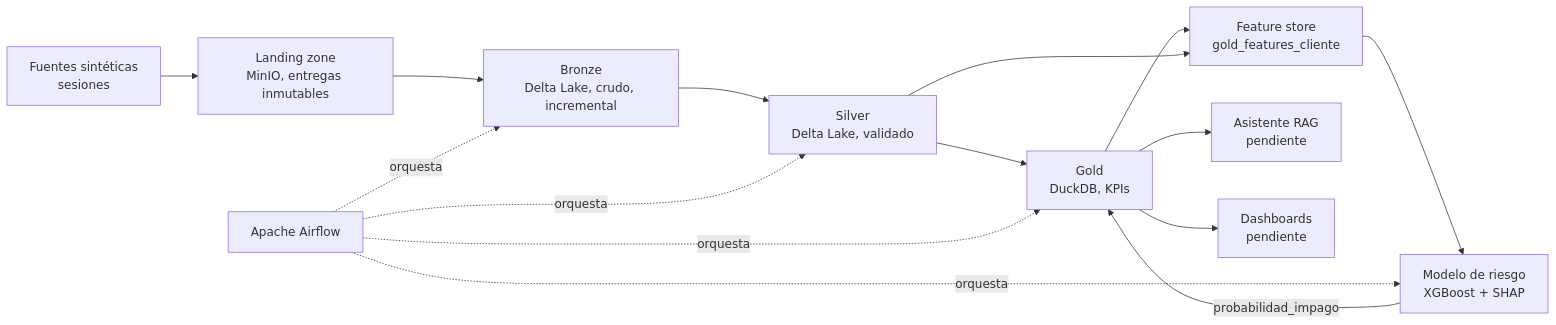
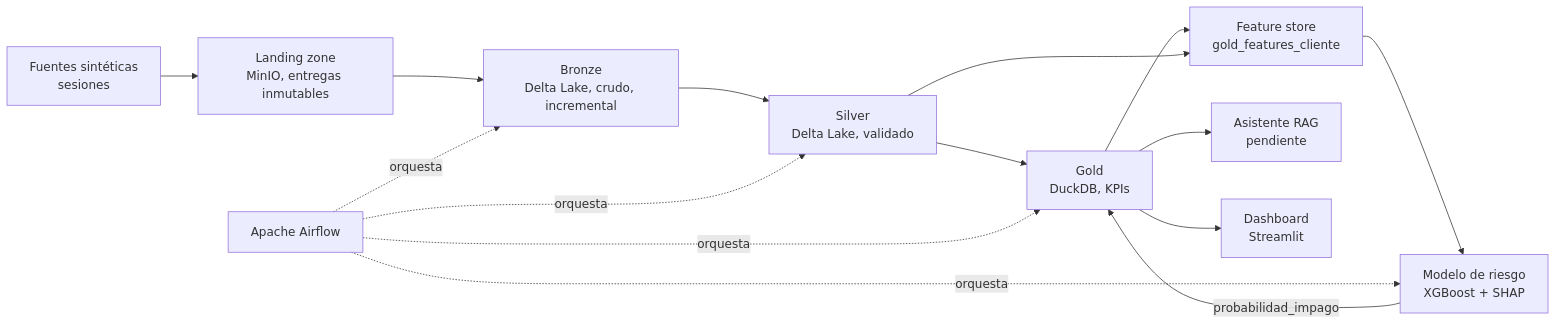
One commit to nox-sudo/digital-twin-bbva changed the diagram in README.md. Above: the diagram before and after it, drawn with Mermaid. The commit also changed other lines of this file and 18 other files, not shown here.

First line of the commit message:
feat(dashboard): dashboard en Streamlit con vistas de portafolio, cliente y observabilidad

````diff
--- a/README.md
+++ b/README.md
@@ -36,18 +36,18 @@
 ```mermaid
 flowchart LR
     A[Fuentes sintéticas<br/>sesiones] --> L[Landing zone<br/>MinIO, entregas inmutables]
     L --> B[Bronze<br/>Delta Lake, crudo, incremental]
     B --> C[Silver<br/>Delta Lake, validado]
     C --> D[Gold<br/>DuckDB, KPIs]
     D --> FS[Feature store<br/>gold_features_cliente]
     C --> FS
     FS --> E[Modelo de riesgo<br/>XGBoost + SHAP]
     E -->|probabilidad_impago| D
     D --> F[Asistente RAG<br/>pendiente]
-    D --> G[Dashboards<br/>pendiente]
+    D --> G[Dashboard<br/>Streamlit]
 
     H[Apache Airflow] -.orquesta.-> B
     H -.orquesta.-> C
     H -.orquesta.-> D
     H -.orquesta.-> E
 ```
````
